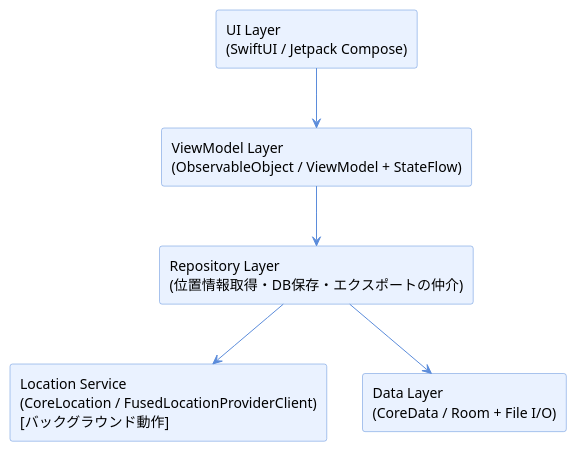
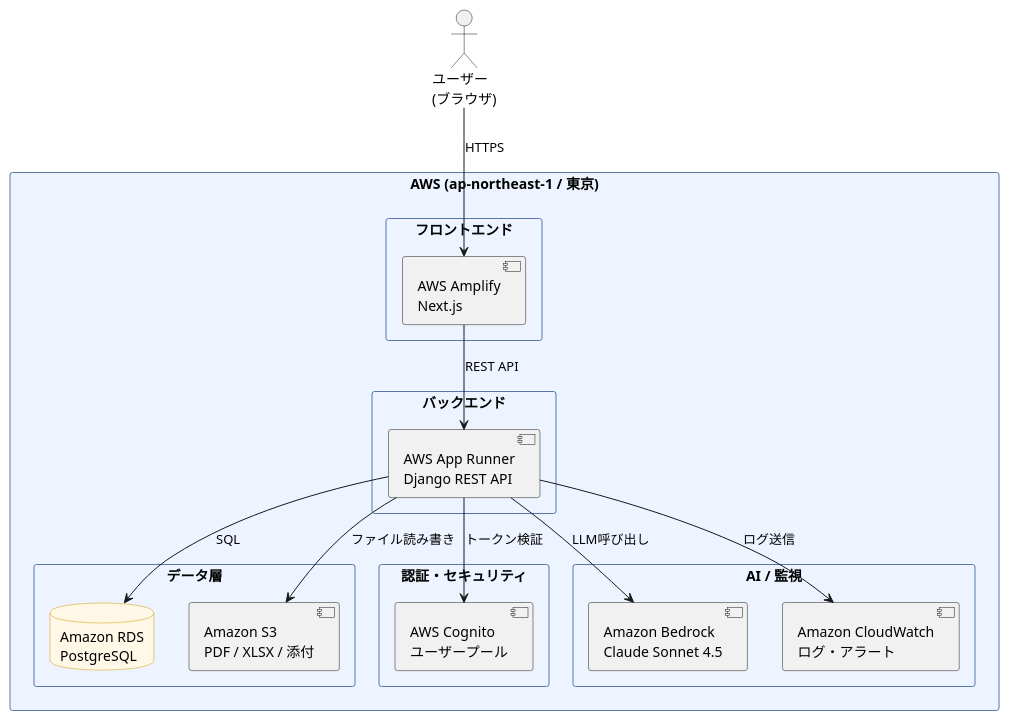
One commit to miyauchi0224/HRM changed the first of 6 diagrams in .claude/design.md. Above: the diagram before and after it, drawn with PlantUML. The commit also changed other lines of this file and 150 other files, not shown here.

````diff
--- a/.claude/design.md
+++ b/.claude/design.md
@@ -44,20 +49,51 @@
 ```plantuml
 @startuml
 skinparam rectangle {
-  BackgroundColor #EAF2FF
-  BorderColor #5B8CDB
+  BackgroundColor #EEF4FF
+  BorderColor #5577AA
 }
-skinparam ArrowColor #5B8CDB
+skinparam database {
+  BackgroundColor #FFF8E7
+  BorderColor #CC9900
+}
+skinparam cloud {
+  BackgroundColor #F0FFF0
+  BorderColor #33AA55
+}
 
-rectangle "UI Layer\n(SwiftUI / Jetpack Compose)" as UI
-rectangle "ViewModel Layer\n(ObservableObject / ViewModel + StateFlow)" as VM
-rectangle "Repository Layer\n(位置情報取得・DB保存・エクスポートの仲介)" as Repo
-rectangle "Location Service\n(CoreLocation / FusedLocationProviderClient)\n[バックグラウンド動作]" as Loc
-rectangle "Data Layer\n(CoreData / Room + File I/O)" as Data
+actor "ユーザー\n(ブラウザ)" as user
 
-UI --> VM
-VM --> Repo
-Repo --> Loc
-Repo --> Data
+rectangle "AWS (ap-northeast-1 / 東京)" {
+
+  rectangle "フロントエンド" {
+    [AWS Amplify\nNext.js] as amplify
+  }
+
+  rectangle "バックエンド" {
+    [AWS App Runner\nDjango REST API] as apprunner
+  }
+
+  rectangle "データ層" {
+    database "Amazon RDS\nPostgreSQL" as rds
+    [Amazon S3\nPDF / XLSX / 添付] as s3
+  }
+
+  rectangle "認証・セキュリティ" {
+    [AWS Cognito\nユーザープール] as cognito
+  }
+
+  rectangle "AI / 監視" {
+    [Amazon Bedrock\nClaude Sonnet 4.5] as bedrock
+    [Amazon CloudWatch\nログ・アラート] as cw
+  }
+}
+
+user --> amplify : HTTPS
+amplify --> apprunner : REST API
+apprunner --> rds : SQL
+apprunner --> s3 : ファイル読み書き
+apprunner --> cognito : トークン検証
+apprunner --> bedrock : LLM呼び出し
+apprunner --> cw : ログ送信
 @enduml
 ```
````
